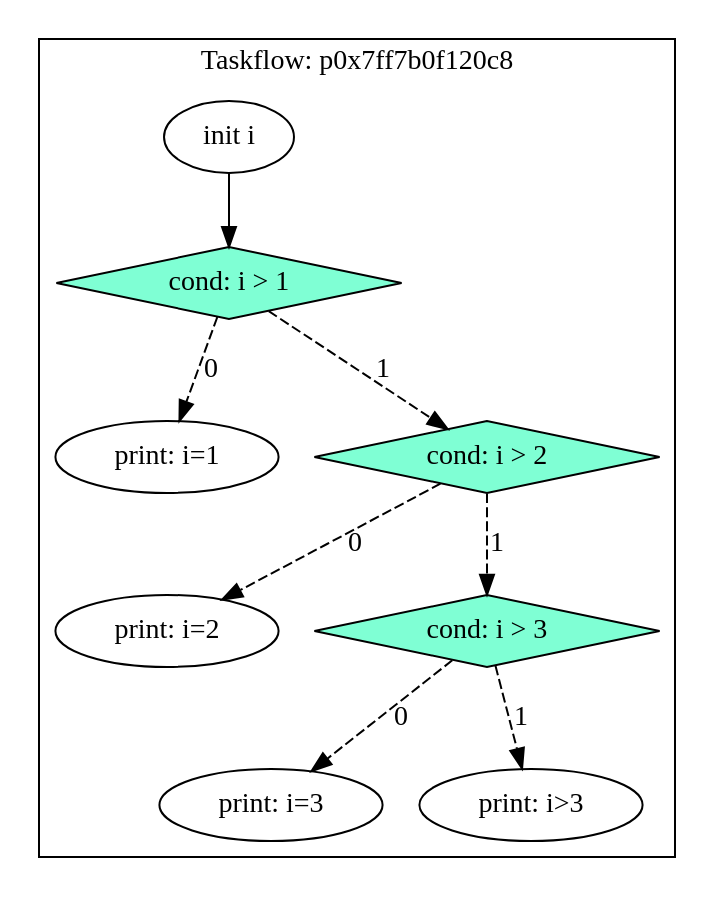
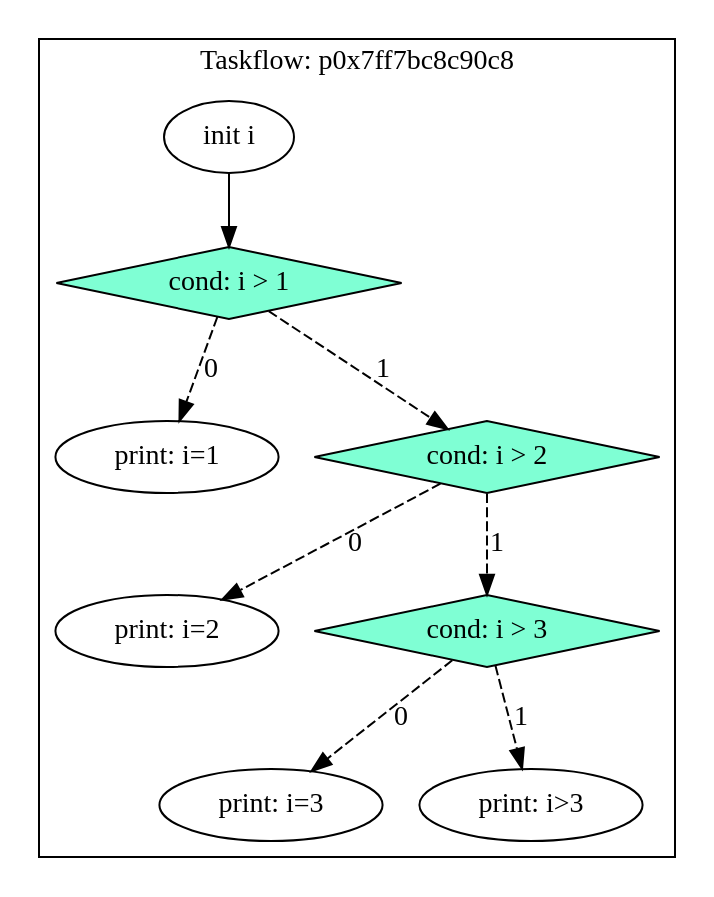
Before and after one commit to xuexcy/learning_taskflow: the diagram in task_graph/nested_if_else.dot, drawn with Graphviz. The commit also changed 50 other files, not shown here.

```diff
--- a/task_graph/nested_if_else.dot
+++ b/task_graph/nested_if_else.dot
@@ -1,20 +1,20 @@
 digraph Taskflow {
-subgraph cluster_p0x7ff7b0f12128 {
-label="Taskflow: p0x7ff7b0f120c8";
-p0x7fcf65065d10[label="init i" ];
-p0x7fcf65065d10 -> p0x7fcf65065e20;
-p0x7fcf65065e20[label="cond: i > 1" shape=diamond color=black fillcolor=aquamarine style=filled];
-p0x7fcf65065e20 -> p0x7fcf65065c00 [style=dashed label="0"];
-p0x7fcf65065e20 -> p0x7fcf650659e0 [style=dashed label="1"];
-p0x7fcf650659e0[label="cond: i > 2" shape=diamond color=black fillcolor=aquamarine style=filled];
-p0x7fcf650659e0 -> p0x7fcf650658d0 [style=dashed label="0"];
-p0x7fcf650659e0 -> p0x7fcf65065af0 [style=dashed label="1"];
-p0x7fcf65065af0[label="cond: i > 3" shape=diamond color=black fillcolor=aquamarine style=filled];
-p0x7fcf65065af0 -> p0x7fcf650657c0 [style=dashed label="0"];
-p0x7fcf65065af0 -> p0x7fcf650656b0 [style=dashed label="1"];
-p0x7fcf65065c00[label="print: i=1" ];
-p0x7fcf650658d0[label="print: i=2" ];
-p0x7fcf650657c0[label="print: i=3" ];
-p0x7fcf650656b0[label="print: i>3" ];
+subgraph cluster_p0x7ff7bc8c9128 {
+label="Taskflow: p0x7ff7bc8c90c8";
+p0x7f8f12065d10[label="init i" ];
+p0x7f8f12065d10 -> p0x7f8f12065e20;
+p0x7f8f12065e20[label="cond: i > 1" shape=diamond color=black fillcolor=aquamarine style=filled];
+p0x7f8f12065e20 -> p0x7f8f12065c00 [style=dashed label="0"];
+p0x7f8f12065e20 -> p0x7f8f120659e0 [style=dashed label="1"];
+p0x7f8f120659e0[label="cond: i > 2" shape=diamond color=black fillcolor=aquamarine style=filled];
+p0x7f8f120659e0 -> p0x7f8f120658d0 [style=dashed label="0"];
+p0x7f8f120659e0 -> p0x7f8f12065af0 [style=dashed label="1"];
+p0x7f8f12065af0[label="cond: i > 3" shape=diamond color=black fillcolor=aquamarine style=filled];
+p0x7f8f12065af0 -> p0x7f8f120657c0 [style=dashed label="0"];
+p0x7f8f12065af0 -> p0x7f8f120656b0 [style=dashed label="1"];
+p0x7f8f12065c00[label="print: i=1" ];
+p0x7f8f120658d0[label="print: i=2" ];
+p0x7f8f120657c0[label="print: i=3" ];
+p0x7f8f120656b0[label="print: i>3" ];
 }
 }
```
